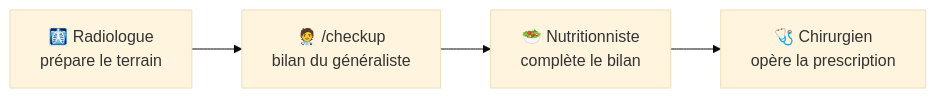
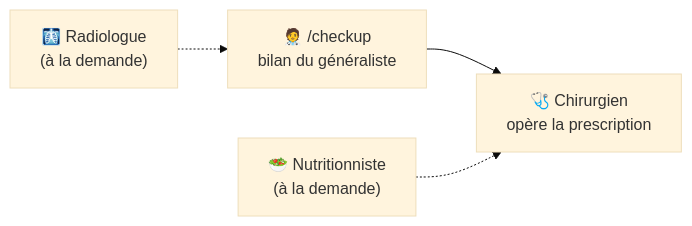
The diagram in README.md (alexandrerodenas/la-clinique-du-code), drawn with Mermaid (base theme) before and after one commit. The commit also changed other lines of this file and 15 other files, not shown here.

````diff
--- a/README.md
+++ b/README.md
@@ -63,6 +63,6 @@
 ```mermaid
 flowchart LR
-    R["🩻 Radiologue<br/>prépare le terrain"] --> C["🧑‍⚕️ /checkup<br/>bilan du généraliste"]
-    C --> N["🥗 Nutritionniste<br/>complète le bilan"]
-    N --> S["🩺 Chirurgien<br/>opère la prescription"]
+    R["🩻 Radiologue<br/>(à la demande)"] -.-> C["🧑‍⚕️ /checkup<br/>bilan du généraliste"]
+    C --> S["🩺 Chirurgien<br/>opère la prescription"]
+    N["🥗 Nutritionniste<br/>(à la demande)"] -.-> S
 ```
````
